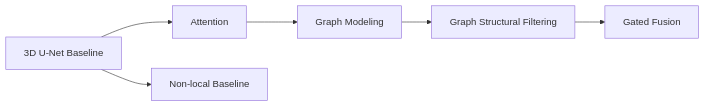
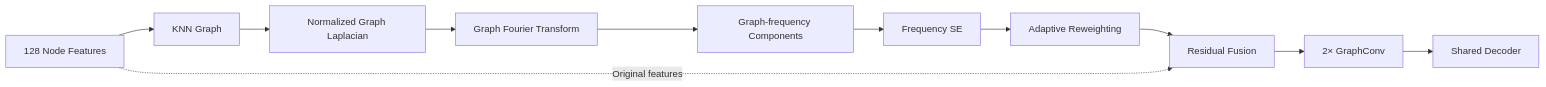
Before and after one commit to ChengYuChing/3D-DLimage-segmentation: the fifth of 6 diagrams in README.md, drawn with Mermaid. The commit also changed other lines of this file, not shown here.

````diff
--- a/README.md
+++ b/README.md
@@ -205,8 +296,14 @@
 ```mermaid
 flowchart LR
-    A["3D U-Net Baseline"] --> B["Attention"]
-    B --> C["Graph Modeling"]
-    C --> D["Graph Structural Filtering"]
-    D --> E["Gated Fusion"]
-    A --> F["Non-local Baseline"]
+    A["128 Node Features"] --> B["KNN Graph"]
+    B --> C["Normalized Graph Laplacian"]
+    C --> D["Graph Fourier Transform"]
+    D --> E["Graph-frequency Components"]
+    E --> F["Frequency SE"]
+    F --> G["Adaptive Reweighting"]
+    G --> H["Residual Fusion"]
+    H --> I["2× GraphConv"]
+    I --> J["Shared Decoder"]
+
+    A -. "Original features" .-> H
 ```
````
